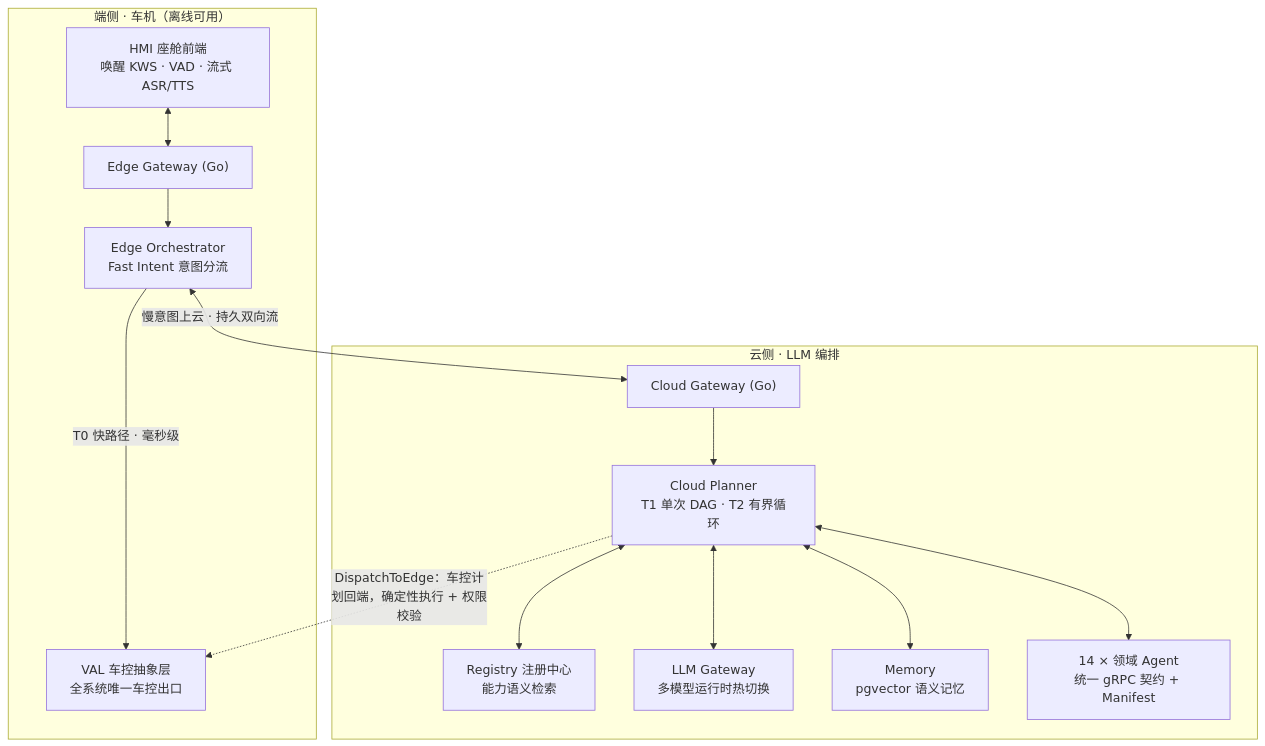
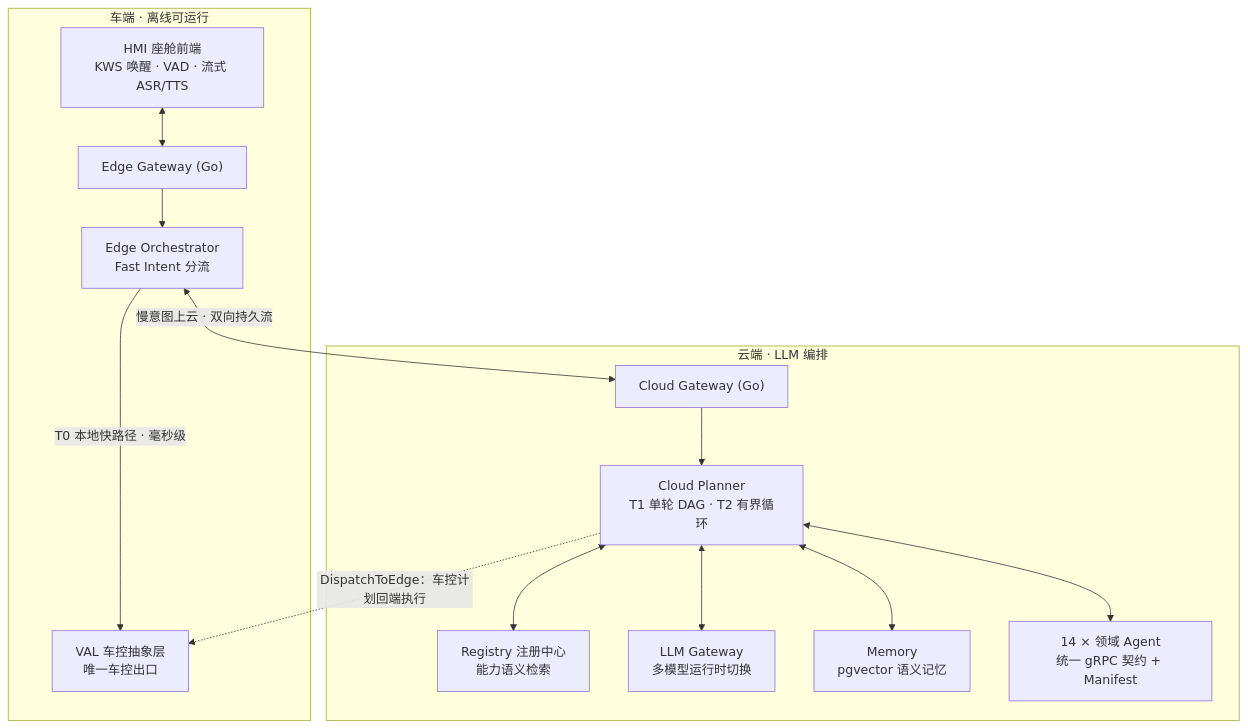
Before and after one commit to aweg75006-maker/flashpit-agent: the diagram in README.md, drawn with Mermaid. The commit also changed other lines of this file, not shown here.

````diff
--- a/README.md
+++ b/README.md
@@ -64,27 +71,27 @@
 ```mermaid
 flowchart TB
-    subgraph EDGE["端侧 · 车机（离线可用）"]
-        HMI["HMI 座舱前端<br/>唤醒 KWS · VAD · 流式 ASR/TTS"]
+    subgraph EDGE["车端 · 离线可运行"]
+        HMI["HMI 座舱前端<br/>KWS 唤醒 · VAD · 流式 ASR/TTS"]
         EGW["Edge Gateway (Go)"]
-        EO["Edge Orchestrator<br/>Fast Intent 意图分流"]
-        VAL["VAL 车控抽象层<br/>全系统唯一车控出口"]
+        EO["Edge Orchestrator<br/>Fast Intent 分流"]
+        VAL["VAL 车控抽象层<br/>唯一车控出口"]
         HMI <--> EGW
         EGW --> EO
-        EO -->|"T0 快路径 · 毫秒级"| VAL
+        EO -->|"T0 本地快路径 · 毫秒级"| VAL
     end
-    subgraph CLOUD["云侧 · LLM 编排"]
+    subgraph CLOUD["云端 · LLM 编排"]
         CGW["Cloud Gateway (Go)"]
-        CP["Cloud Planner<br/>T1 单次 DAG · T2 有界循环"]
+        CP["Cloud Planner<br/>T1 单轮 DAG · T2 有界循环"]
         REG["Registry 注册中心<br/>能力语义检索"]
-        LLM["LLM Gateway<br/>多模型运行时热切换"]
+        LLM["LLM Gateway<br/>多模型运行时切换"]
         MEM["Memory<br/>pgvector 语义记忆"]
         AG["14 × 领域 Agent<br/>统一 gRPC 契约 + Manifest"]
         CGW --> CP
         CP <--> REG
         CP <--> LLM
         CP <--> MEM
         CP <--> AG
     end
-    EO <-->|"慢意图上云 · 持久双向流"| CGW
-    CP -.->|"DispatchToEdge：车控计划回端，确定性执行 + 权限校验"| VAL
+    EO <-->|"慢意图上云 · 双向持久流"| CGW
+    CP -.->|"DispatchToEdge：车控计划回端执行"| VAL
 ```
````
